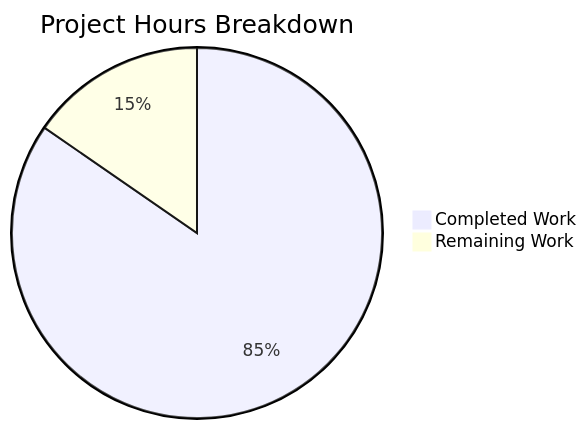
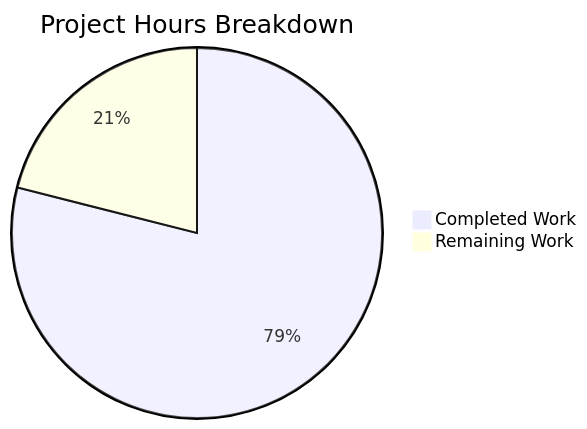
Before and after one commit to Sandeep01Kumar/29-dec-existing-projects-qa-test-3: the diagram in blitzy/documentation/Project Guide.md, drawn with Mermaid. The commit also changed other lines of this file, not shown here.

Commit message:
Adding Blitzy Project Guide: Project Status and Human Tasks Remaining

````diff
--- a/blitzy/documentation/Project Guide.md
+++ b/blitzy/documentation/Project Guide.md
@@ -83,5 +30,5 @@
 ```mermaid
 pie title Project Hours Breakdown
-    "Completed Work" : 11
-    "Remaining Work" : 2
+    "Completed Work" : 15
+    "Remaining Work" : 4
 ```
````
